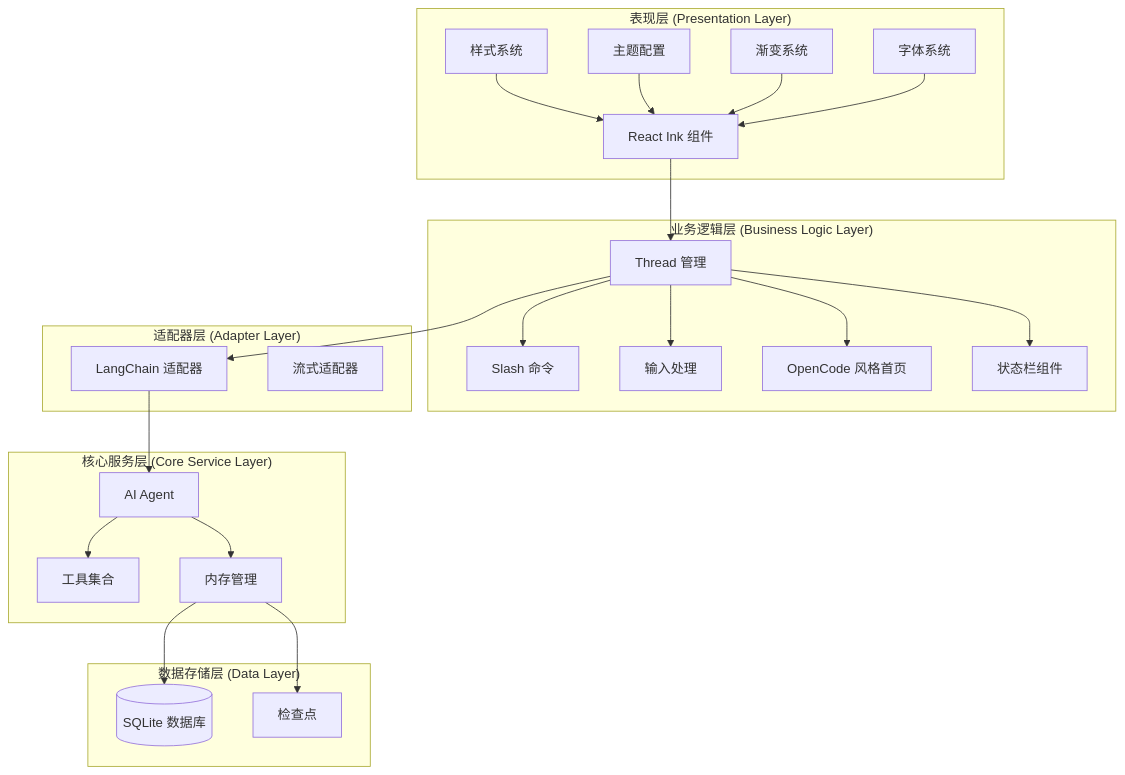
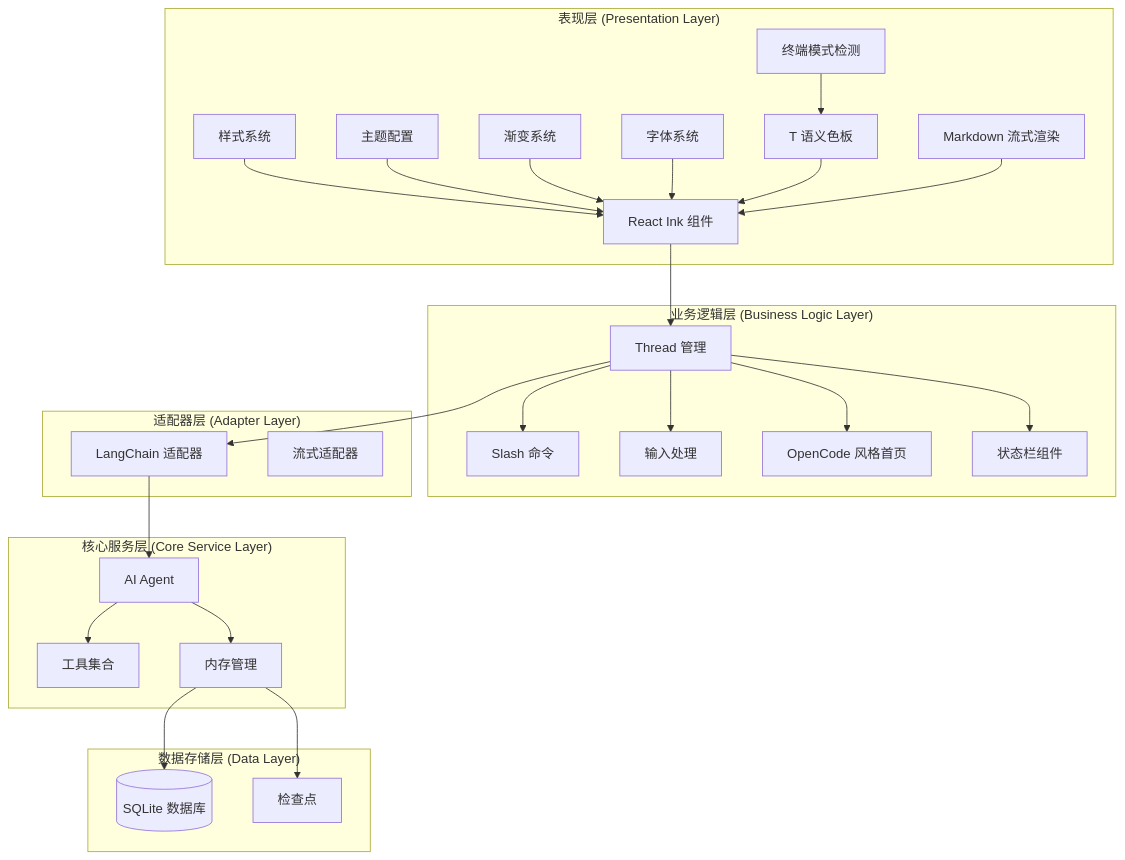
Before and after one commit to HAOFUYANG/onion-code: the fourth of 12 diagrams in .qoder/repowiki/zh/content/核心架构/React 终端 UI 组件.md, drawn with Mermaid. The commit also changed other lines of this file and 14 other files, not shown here.

````diff
--- a/.qoder/repowiki/zh/content/核心架构/React 终端 UI 组件.md
+++ b/.qoder/repowiki/zh/content/核心架构/React 终端 UI 组件.md
@@ -211,45 +221,51 @@
 ```mermaid
 graph TB
 subgraph "表现层 (Presentation Layer)"
 UI[React Ink 组件]
 Styles[样式系统]
 Themes[主题配置]
 Gradient[渐变系统]
 Figlet[字体系统]
+T[T 语义色板]
+TerminalMode[终端模式检测]
+Markdown[Markdown 流式渲染]
 end
 subgraph "业务逻辑层 (Business Logic Layer)"
 Thread[Thread 管理]
 Commands[Slash 命令]
 Input[输入处理]
 HomePage[OpenCode 风格首页]
 StatusBar[状态栏组件]
 end
 subgraph "适配器层 (Adapter Layer)"
 LangChainAdapter[LangChain 适配器]
 StreamAdapter[流式适配器]
 end
 subgraph "核心服务层 (Core Service Layer)"
 Agent[AI Agent]
 Tools[工具集合]
 Memory[内存管理]
 end
 subgraph "数据存储层 (Data Layer)"
 SQLite[(SQLite 数据库)]
 Checkpoints[检查点]
 end
 UI --> Thread
 Thread --> HomePage
 Thread --> Commands
 Thread --> Input
 Thread --> StatusBar
 Thread --> LangChainAdapter
 LangChainAdapter --> Agent
 Agent --> Tools
 Agent --> Memory
 Memory --> SQLite
 Memory --> Checkpoints
 Styles --> UI
 Themes --> UI
 Gradient --> UI
 Figlet --> UI
+T --> UI
+TerminalMode --> T
+Markdown --> UI
 ```
````
